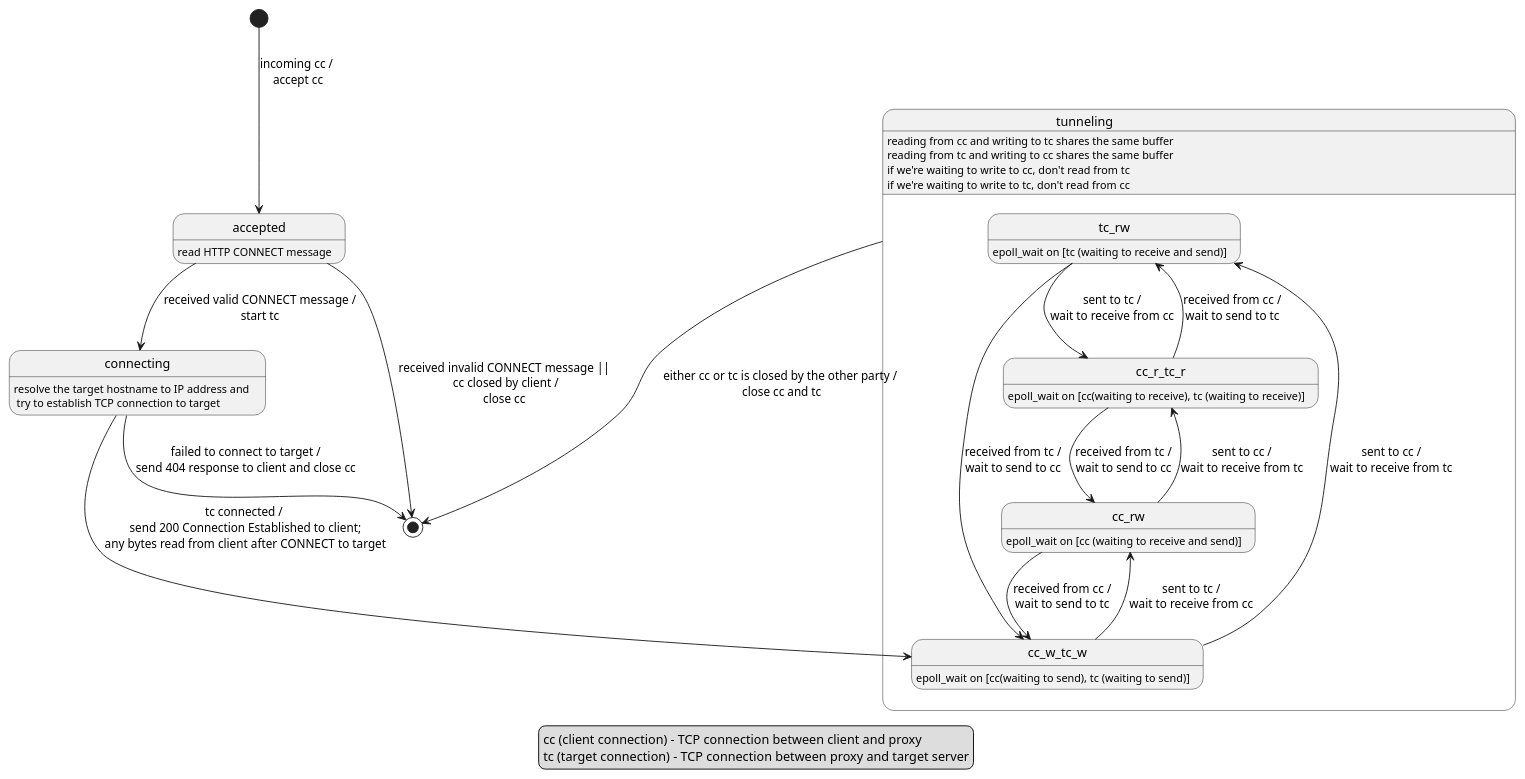
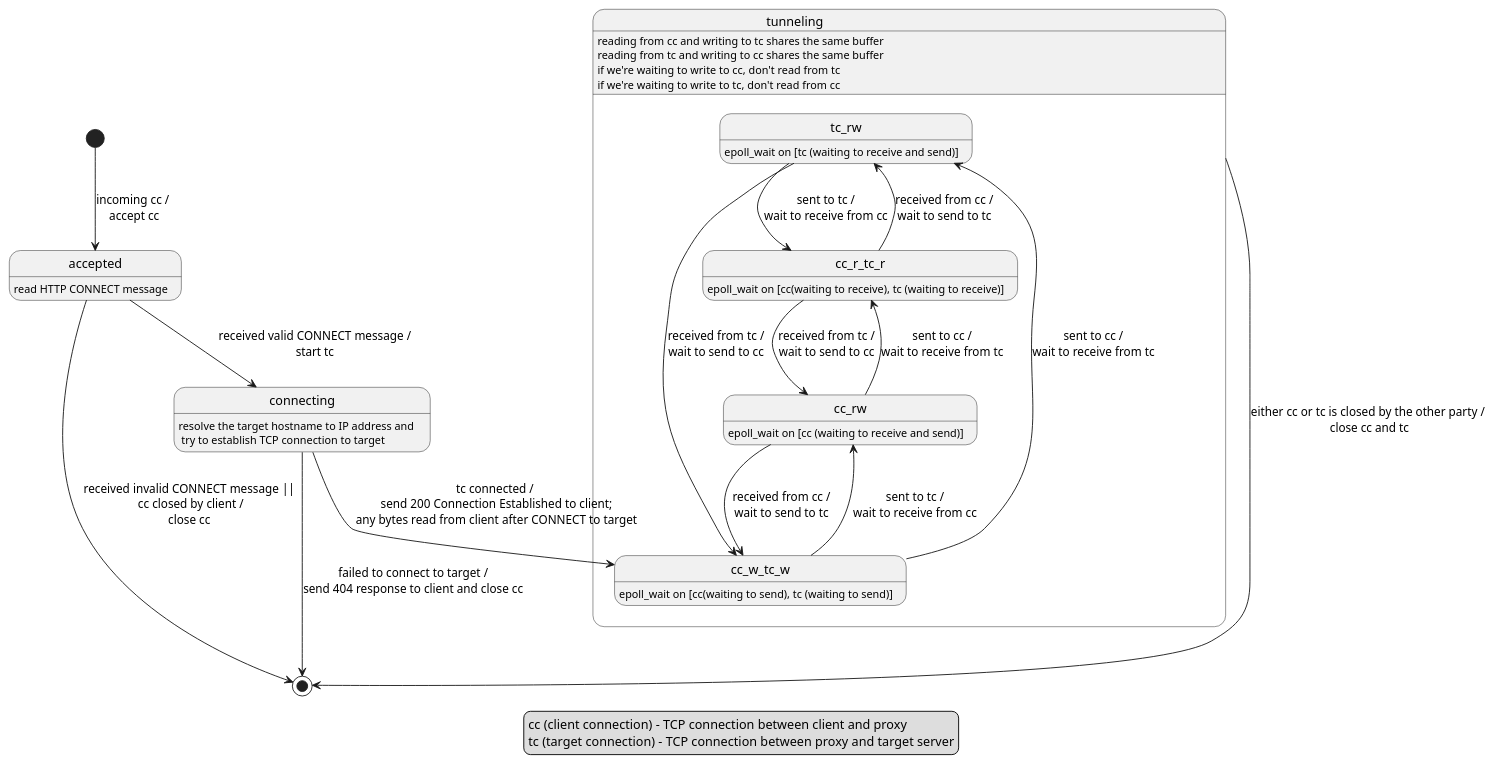
One commit to gary-lgy/https-proxy changed the diagram in docs/state-transition-diagram.puml. Above: the diagram before and after it, drawn with PlantUML. The commit also changed 1 other file, not shown here.

```diff
--- a/docs/state-transition-diagram.puml
+++ b/docs/state-transition-diagram.puml
@@ -1,48 +1,48 @@
 @startuml
 
 legend
 cc (client connection) - TCP connection between client and proxy
 tc (target connection) - TCP connection between proxy and target server
 end legend
 
 [*] --> accepted : incoming cc /\n accept cc
 
 accepted : read HTTP CONNECT message
 
 accepted --> connecting : received valid CONNECT message /\nstart tc
 accepted --> [*] : received invalid CONNECT message ||\n cc closed by client /\nclose cc
 
 connecting : resolve the target hostname to IP address and \n try to establish TCP connection to target
 
-connecting --> [*] : failed to connect to target /\nsend 404 response to client and close cc
+connecting ---> [*] : failed to connect to target /\nsend 404 response to client and close cc
 
 state tunneling {
 
     tunneling : reading from cc and writing to tc shares the same buffer
     tunneling : reading from tc and writing to cc shares the same buffer
     tunneling : if we're waiting to write to cc, don't read from tc
     tunneling : if we're waiting to write to tc, don't read from cc
 
     tc_rw : epoll_wait on [tc (waiting to receive and send)]
     cc_r_tc_r : epoll_wait on [cc(waiting to receive), tc (waiting to receive)]
     cc_w_tc_w : epoll_wait on [cc(waiting to send), tc (waiting to send)]
     cc_rw : epoll_wait on [cc (waiting to receive and send)]
 
     tc_rw --> cc_r_tc_r : sent to tc /\nwait to receive from cc
     tc_rw --> cc_w_tc_w : received from tc /\nwait to send to cc
 
     cc_r_tc_r --> tc_rw : received from cc /\nwait to send to tc
     cc_r_tc_r --> cc_rw : received from tc /\nwait to send to cc
 
     cc_w_tc_w --> tc_rw : sent to cc /\nwait to receive from tc
     cc_w_tc_w --> cc_rw : sent to tc /\nwait to receive from cc
 
     cc_rw --> cc_r_tc_r: sent to cc /\nwait to receive from tc
     cc_rw --> cc_w_tc_w: received from cc /\nwait to send to tc
 }
 
-connecting ---> cc_w_tc_w : tc connected /\n send 200 Connection Established to client;\n any bytes read from client after CONNECT to target
+connecting --> cc_w_tc_w : tc connected /\n send 200 Connection Established to client;\n any bytes read from client after CONNECT to target
 
 tunneling --> [*] : either cc or tc is closed by the other party /\n close cc and tc
 
 @enduml
```
